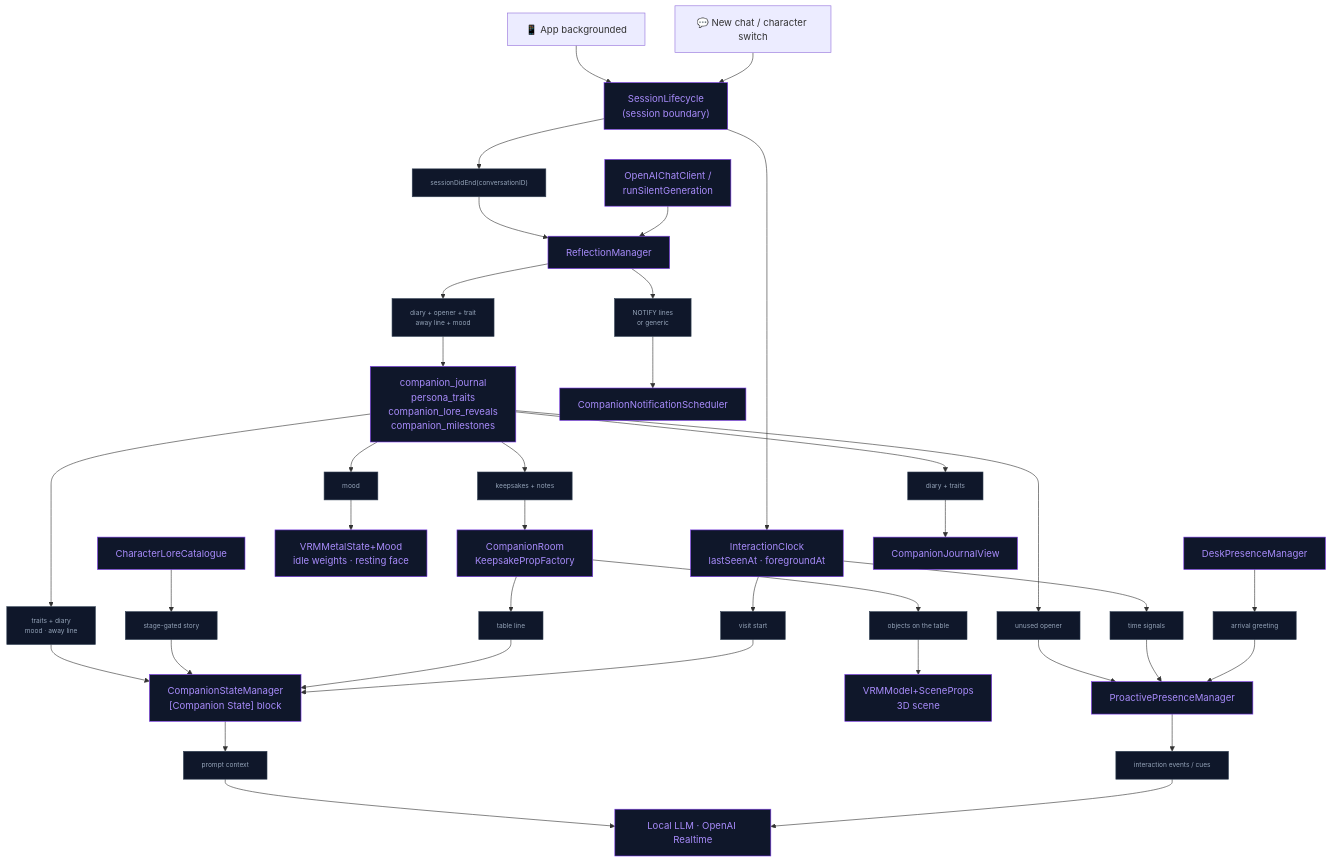
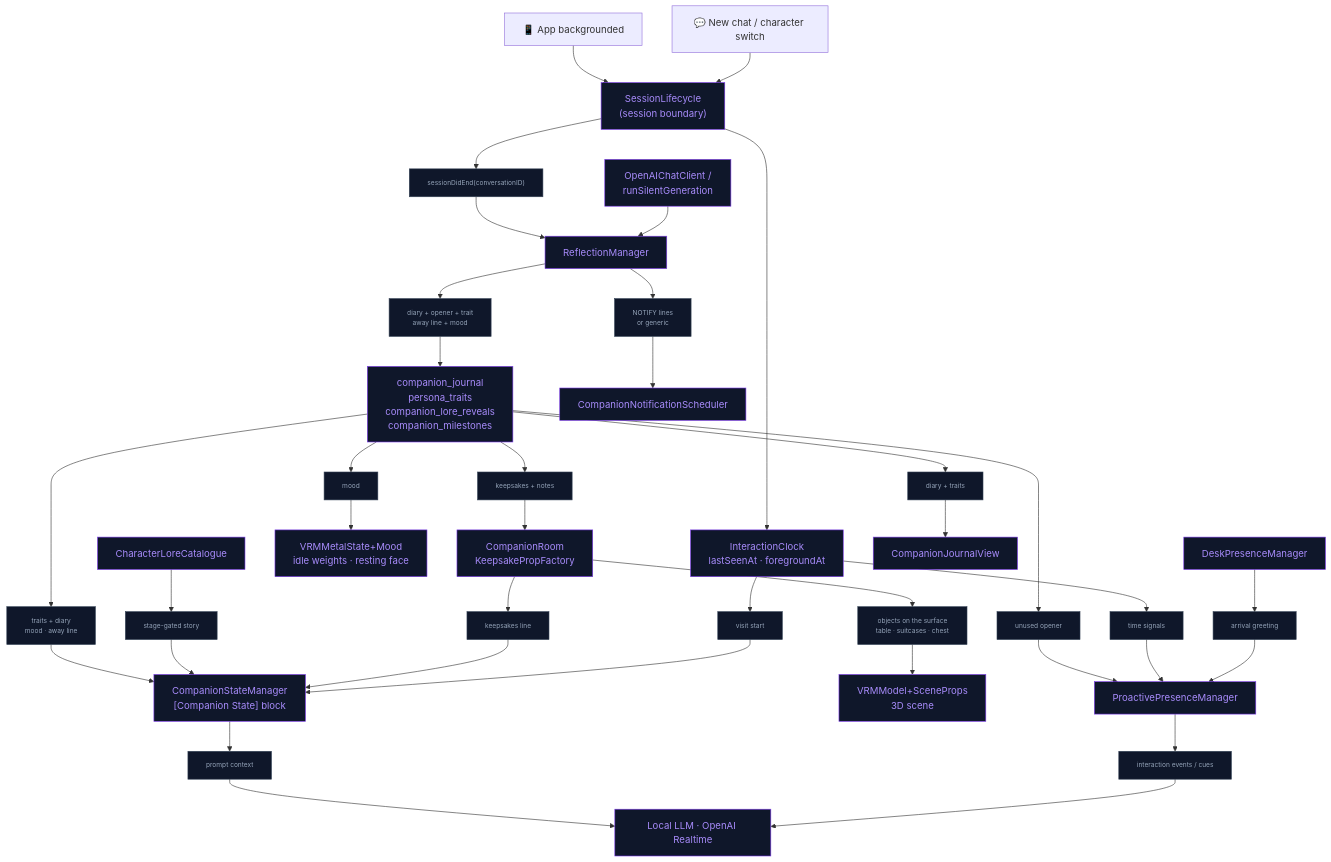
Before and after one commit to kevinliddel/NeuraLink: the first of 3 diagrams in docs/Companion/LIVING_COMPANION.md, drawn with Mermaid. The commit also changed other lines of this file and 10 other files, not shown here.

````diff
--- a/docs/Companion/LIVING_COMPANION.md
+++ b/docs/Companion/LIVING_COMPANION.md
@@ -729,37 +741,37 @@
 ```mermaid
 flowchart TD
     BG["📱 App backgrounded"] --> LC
     NEW["💬 New chat / character switch"] --> LC
 
     LC["SessionLifecycle<br/>(session boundary)"] --> CLK["InteractionClock<br/>lastSeenAt · foregroundAt"]
     LC --> D1["sessionDidEnd(conversationID)"] --> REFL["ReflectionManager"]
     HTTP["OpenAIChatClient /<br/>runSilentGeneration"] --> REFL
 
     REFL --> D2["diary + opener + trait<br/>away line + mood"] --> SQL["companion_journal<br/>persona_traits<br/>companion_lore_reveals<br/>companion_milestones"]
     REFL --> D3["NOTIFY lines<br/>or generic"] --> NOTIF["CompanionNotificationScheduler"]
 
     SQL --> D4["traits + diary<br/>mood · away line"] --> CSM["CompanionStateManager<br/>[Companion State] block"]
     LORE["CharacterLoreCatalogue"] --> D12["stage-gated story"] --> CSM
     SQL --> D13["mood"] --> BODY["VRMMetalState+Mood<br/>idle weights · resting face"]
     SQL --> D14["keepsakes + notes"] --> ROOM["CompanionRoom<br/>KeepsakePropFactory"]
-    ROOM --> D15["objects on the table"] --> SCENE["VRMModel+SceneProps<br/>3D scene"]
-    ROOM --> D16["table line"] --> CSM
+    ROOM --> D15["objects on the surface<br/>table · suitcases · chest"] --> SCENE["VRMModel+SceneProps<br/>3D scene"]
+    ROOM --> D16["keepsakes line"] --> CSM
     CLK --> D10["visit start"] --> CSM
     SQL --> D5["unused opener"] --> PPM["ProactivePresenceManager"]
     CLK --> D6["time signals"] --> PPM
     DESK["DeskPresenceManager"] --> D11["arrival greeting"] --> PPM
     SQL --> D7["diary + traits"] --> JUI["CompanionJournalView"]
 
     CSM --> D8["prompt context"] --> ENG["Local LLM · OpenAI Realtime"]
     PPM --> D9["interaction events / cues"] --> ENG
 
     %% Styles
     classDef core fill:#0f172a,stroke:#7c3aed,color:#a78bfa
     classDef decision fill:#1e293b,stroke:#94a3b8,color:#e2e8f0
 
     class LC,CLK,REFL,HTTP,SQL,NOTIF,CSM,PPM,DESK,JUI,ENG,LORE,BODY,ROOM,SCENE core
 
     %% Data nodes (consistent system-wide)
     classDef data fill:#0f172a,stroke:#334155,color:#94a3b8,font-size:11px
     class D1,D2,D3,D4,D5,D6,D7,D8,D9,D10,D11,D12,D13,D14,D15,D16 data
 ```
````
